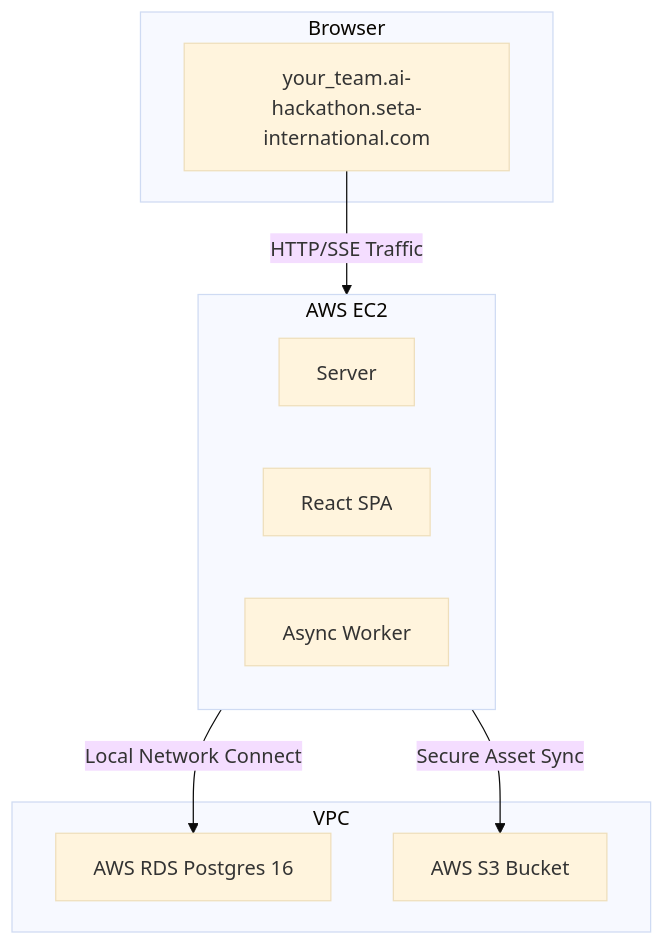
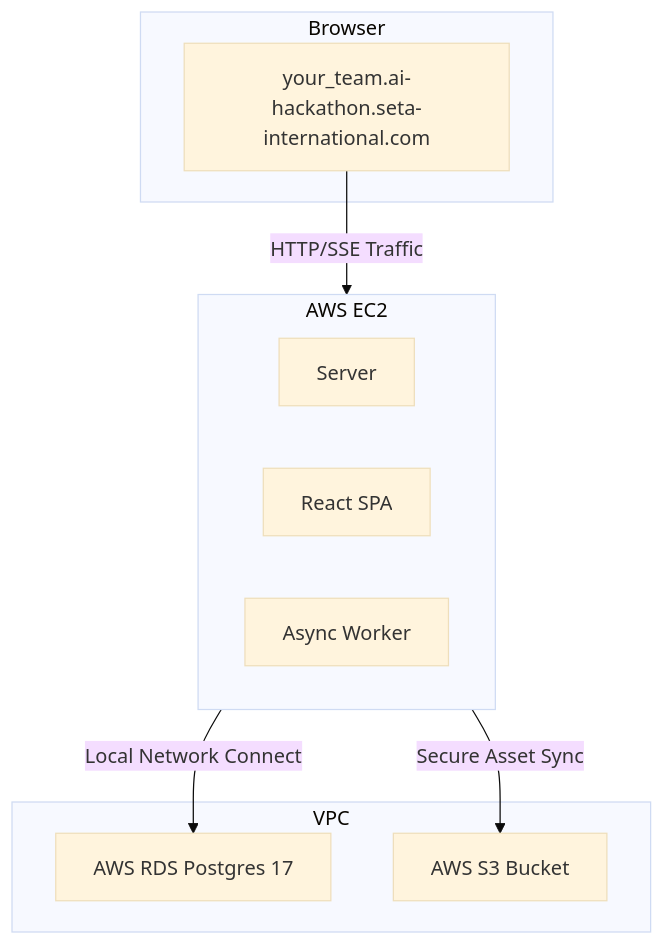
Before and after one commit to nghianx1211/agent-platform: the third of 3 diagrams in README.md, drawn with Mermaid (base theme). The commit also changed other lines of this file and 9 other files, not shown here.

````diff
--- a/README.md
+++ b/README.md
@@ -241,21 +170,21 @@
 ```mermaid
 graph TD
     subgraph Public["Browser"]
         DNS["your_team.ai-hackathon.seta-international.com"]
     end
 
     subgraph Docker["AWS EC2"]
         Server["Server"]
         React["React SPA"]
         Worker["Async Worker"]
     end
 
     subgraph Private["VPC"]
-        RDS["AWS RDS Postgres 16"]
+        RDS["AWS RDS Postgres 17"]
         S3["AWS S3 Bucket"]
     end
 
     DNS -->|HTTP/SSE Traffic| Docker
     Docker -->|Local Network Connect| RDS
     Docker -->|Secure Asset Sync| S3
 ```
````
